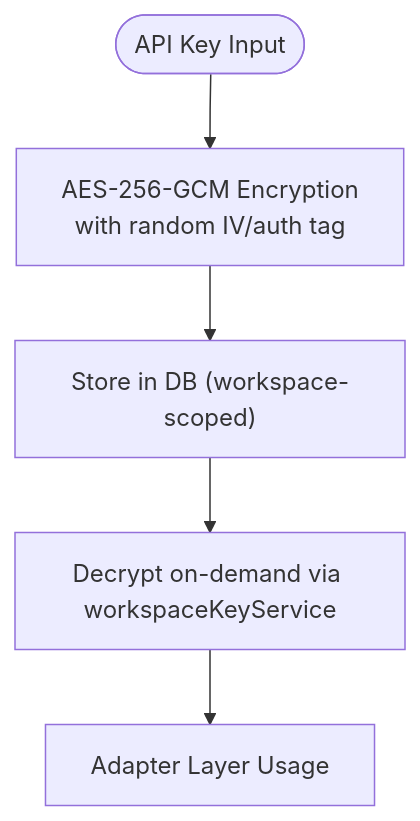
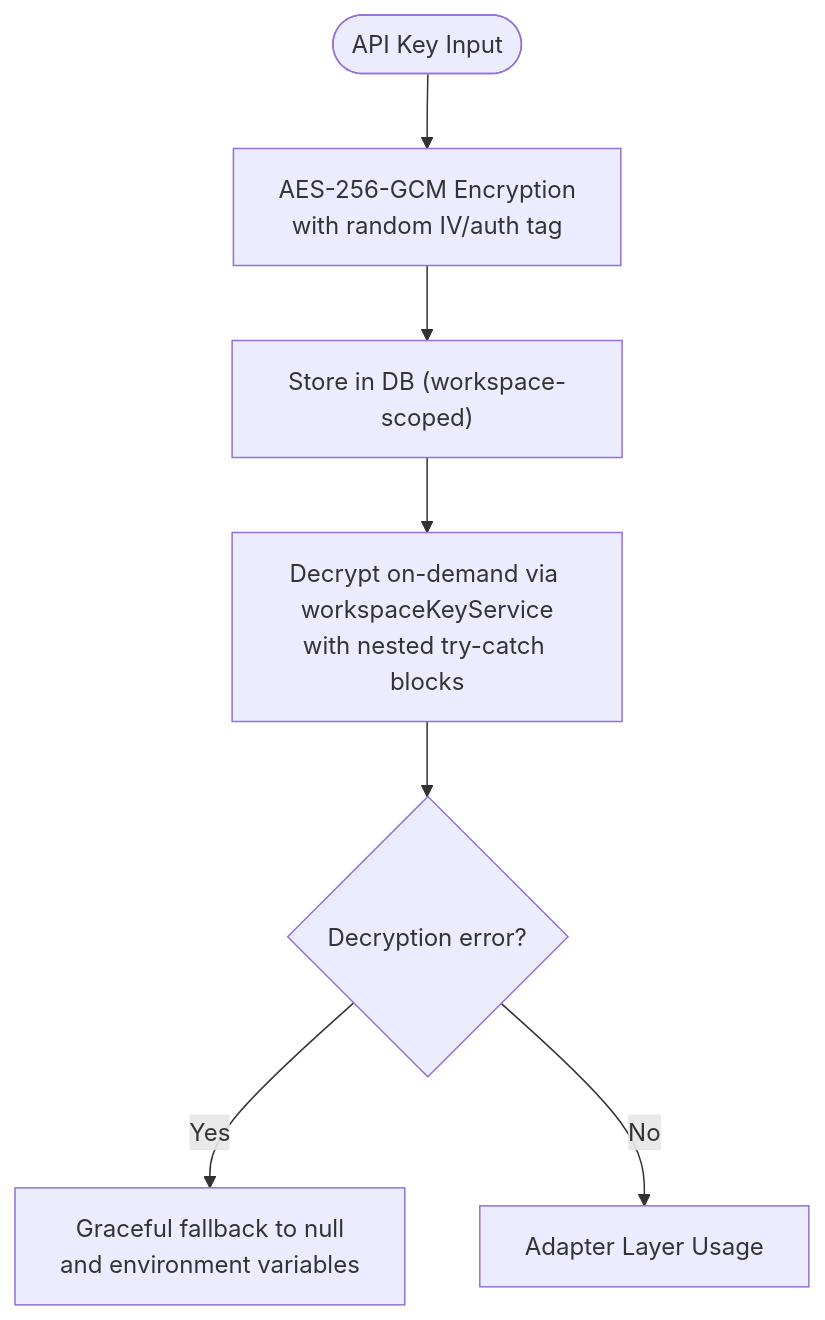
One commit to shekhargiri005-dotcom/AI-powered-accessibility-first-UI-engine changed the fifth of 14 diagrams in .qoder/repowiki/en/content/Security & Privacy/Security & Privacy.md. Above: the diagram before and after it, drawn with Mermaid. The commit also changed other lines of this file and 71 other files, not shown here.

````diff
--- a/.qoder/repowiki/en/content/Security & Privacy/Security & Privacy.md
+++ b/.qoder/repowiki/en/content/Security & Privacy/Security & Privacy.md
@@ -269,7 +267,9 @@
 ```mermaid
 flowchart TD
 In(["API Key Input"]) --> Encrypt["AES-256-GCM Encryption<br/>with random IV/auth tag"]
 Encrypt --> Store["Store in DB (workspace-scoped)"]
-Store --> Decrypt["Decrypt on-demand via workspaceKeyService"]
-Decrypt --> Adapter["Adapter Layer Usage"]
+Store --> Decrypt["Decrypt on-demand via workspaceKeyService<br/>with nested try-catch blocks"]
+Decrypt --> ErrorCheck{"Decryption error?"}
+ErrorCheck --> |Yes| Fallback["Graceful fallback to null<br/>and environment variables"]
+ErrorCheck --> |No| Adapter["Adapter Layer Usage"]
 ```
````
